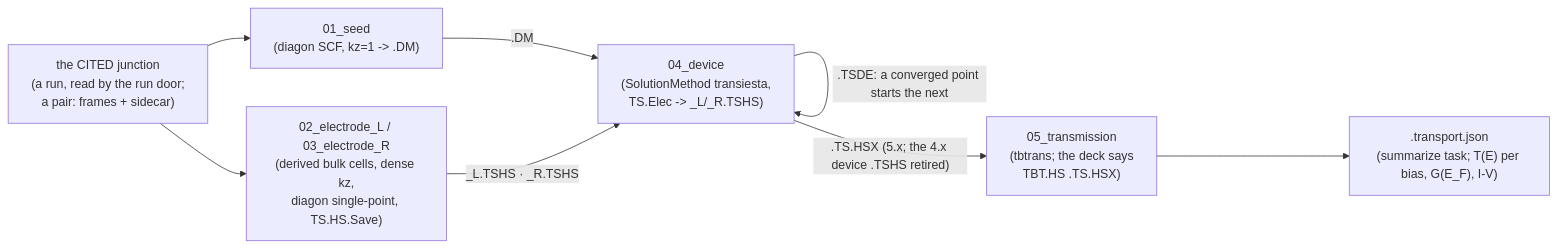
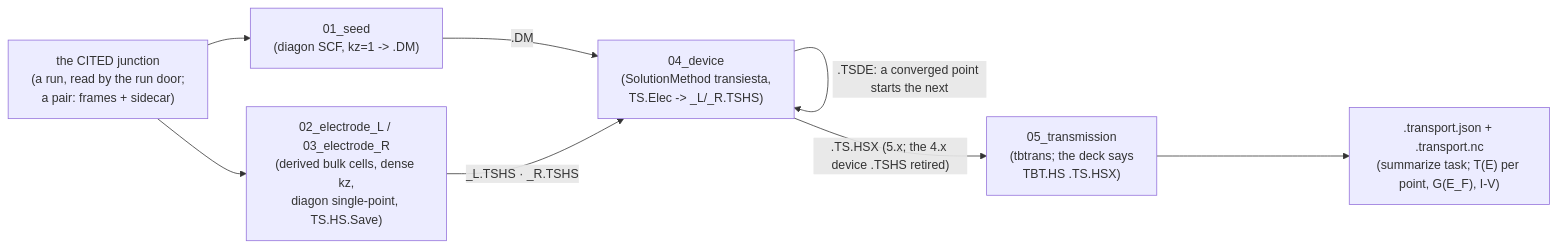
Before and after one commit to Qing-LAB/molbuilder: diagram 11 of 13 in docs/engines/transport.md, drawn with Mermaid. The commit also changed other lines of this file and 27 other files, not shown here.

````diff
--- a/docs/engines/transport.md
+++ b/docs/engines/transport.md
@@ -3386,11 +3455,11 @@
 ```mermaid
 flowchart LR
     CITE["the CITED junction<br/>(a run, read by the run door;<br/>a pair: frames + sidecar)"]
     CITE --> SEED["01_seed<br/>(diagon SCF, kz=1 -> .DM)"]
     CITE --> EL["02_electrode_L / 03_electrode_R<br/>(derived bulk cells, dense kz,<br/>diagon single-point, TS.HS.Save)"]
     SEED -->|".DM"| DEVICE["04_device<br/>(SolutionMethod transiesta,<br/>TS.Elec -> <label>_L/_R.TSHS)"]
     EL -->|"<label>_L.TSHS · <label>_R.TSHS"| DEVICE
     DEVICE -->|".TSDE: a converged point starts the next"| DEVICE
     DEVICE -->|"<label>.TS.HSX (5.x; the 4.x device .TSHS retired)"| TBT["05_transmission<br/>(tbtrans; the deck says<br/>TBT.HS <label>.TS.HSX)"]
-    TBT --> RESULT["<label>.transport.json<br/>(summarize task; T(E) per bias, G(E_F), I-V)"]
+    TBT --> RESULT["<label>.transport.json + .transport.nc<br/>(summarize task; T(E) per point, G(E_F), I-V)"]
 ```
````
